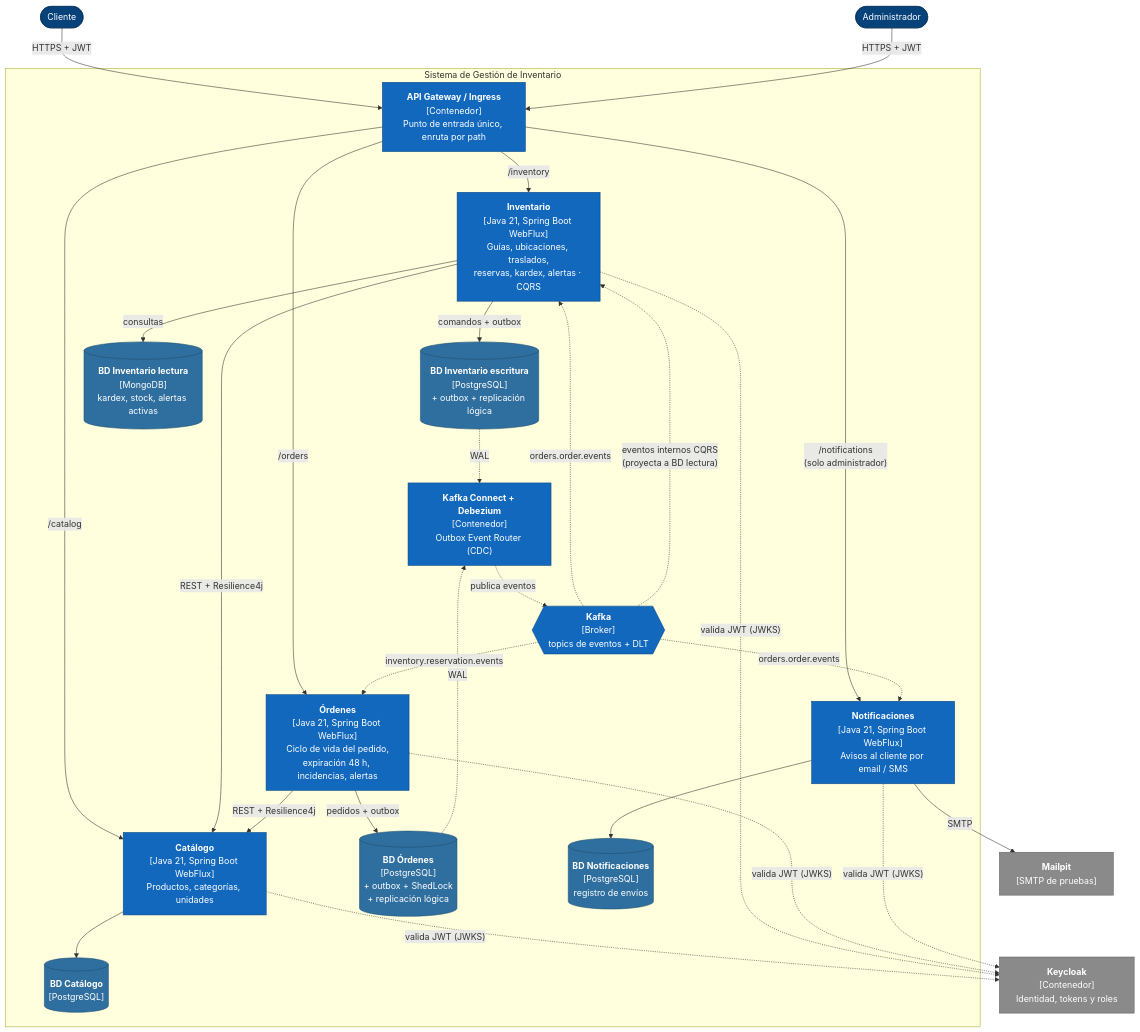
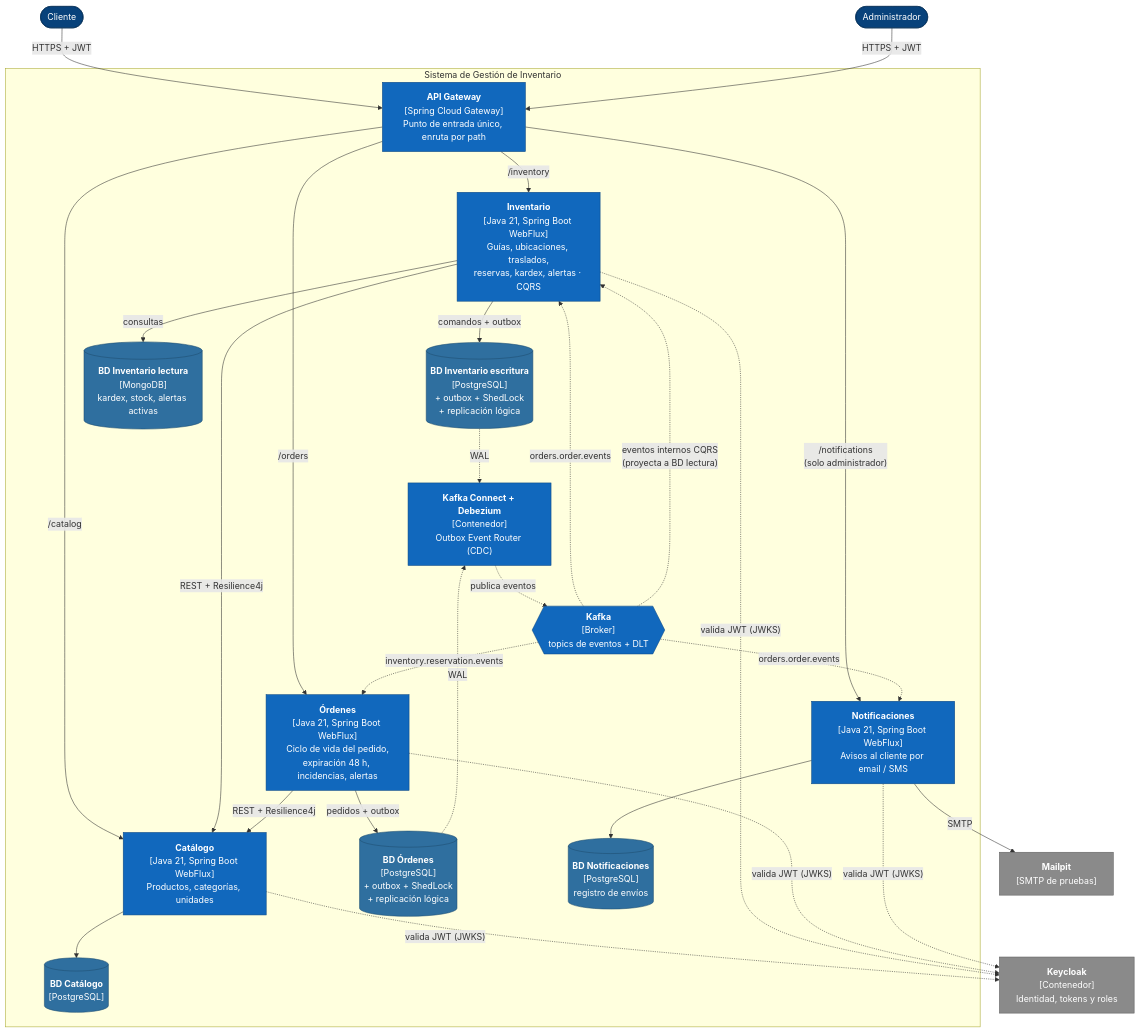
Before and after one commit to jngeor/inventory: the third of 6 diagrams in docs/architecture/c4-model.md, drawn with Mermaid. The commit also changed other lines of this file and 19 other files, not shown here.

````diff
--- a/docs/architecture/c4-model.md
+++ b/docs/architecture/c4-model.md
@@ -80,59 +80,59 @@
 ```mermaid
 flowchart TB
     CLI(["Cliente"]):::person
     ADM(["Administrador"]):::person
     KC["<b>Keycloak</b><br/>[Contenedor]<br/>Identidad, tokens y roles"]:::external
     MAIL["<b>Mailpit</b><br/>[SMTP de pruebas]"]:::external
 
     subgraph SYS["Sistema de Gestión de Inventario"]
-        GW["<b>API Gateway / Ingress</b><br/>[Contenedor]<br/>Punto de entrada único, enruta por path"]:::internal
+        GW["<b>API Gateway</b><br/>[Spring Cloud Gateway]<br/>Punto de entrada único, enruta por path"]:::internal
 
         CAT["<b>Catálogo</b><br/>[Java 21, Spring Boot WebFlux]<br/>Productos, categorías, unidades"]:::internal
         CATDB[("<b>BD Catálogo</b><br/>[PostgreSQL]")]:::db
 
         INV["<b>Inventario</b><br/>[Java 21, Spring Boot WebFlux]<br/>Guías, ubicaciones, traslados,<br/>reservas, kardex, alertas · CQRS"]:::internal
-        INVW[("<b>BD Inventario escritura</b><br/>[PostgreSQL]<br/>+ outbox + replicación lógica")]:::db
+        INVW[("<b>BD Inventario escritura</b><br/>[PostgreSQL]<br/>+ outbox + ShedLock<br/>+ replicación lógica")]:::db
         INVR[("<b>BD Inventario lectura</b><br/>[MongoDB]<br/>kardex, stock, alertas activas")]:::db
 
         ORD["<b>Órdenes</b><br/>[Java 21, Spring Boot WebFlux]<br/>Ciclo de vida del pedido,<br/>expiración 48 h, incidencias, alertas"]:::internal
         ORDDB[("<b>BD Órdenes</b><br/>[PostgreSQL]<br/>+ outbox + ShedLock<br/>+ replicación lógica")]:::db
 
         NOT["<b>Notificaciones</b><br/>[Java 21, Spring Boot WebFlux]<br/>Avisos al cliente por email / SMS"]:::internal
         NOTDB[("<b>BD Notificaciones</b><br/>[PostgreSQL]<br/>registro de envíos")]:::db
 
         KCON["<b>Kafka Connect + Debezium</b><br/>[Contenedor]<br/>Outbox Event Router (CDC)"]:::internal
         KAFKA{{"<b>Kafka</b><br/>[Broker]<br/>topics de eventos + DLT"}}:::internal
     end
 
     CLI -- "HTTPS + JWT" --> GW
     ADM -- "HTTPS + JWT" --> GW
     GW -- "/catalog" --> CAT
     GW -- "/inventory" --> INV
     GW -- "/orders" --> ORD
     GW -- "/notifications<br/>(solo administrador)" --> NOT
 
     CAT --> CATDB
     INV -- "comandos + outbox" --> INVW
     INV -- "consultas" --> INVR
     ORD -- "pedidos + outbox" --> ORDDB
     NOT --> NOTDB
 
     INV -- "REST + Resilience4j" --> CAT
     ORD -- "REST + Resilience4j" --> CAT
 
     INVW -. "WAL" .-> KCON
     ORDDB -. "WAL" .-> KCON
     KCON -. "publica eventos" .-> KAFKA
     KAFKA -. "orders.order.events" .-> INV
     KAFKA -. "inventory.reservation.events" .-> ORD
     KAFKA -. "orders.order.events" .-> NOT
     KAFKA -. "eventos internos CQRS<br/>(proyecta a BD lectura)" .-> INV
 
     NOT -- "SMTP" --> MAIL
     CAT & INV & ORD & NOT -. "valida JWT (JWKS)" .-> KC
 
     classDef person fill:#08427b,stroke:#052e56,color:#fff
     classDef internal fill:#1168bd,stroke:#0b4884,color:#fff
     classDef db fill:#2f6f9f,stroke:#1f4e70,color:#fff
     classDef external fill:#8a8a8a,stroke:#5e5e5e,color:#fff
 ```
````
